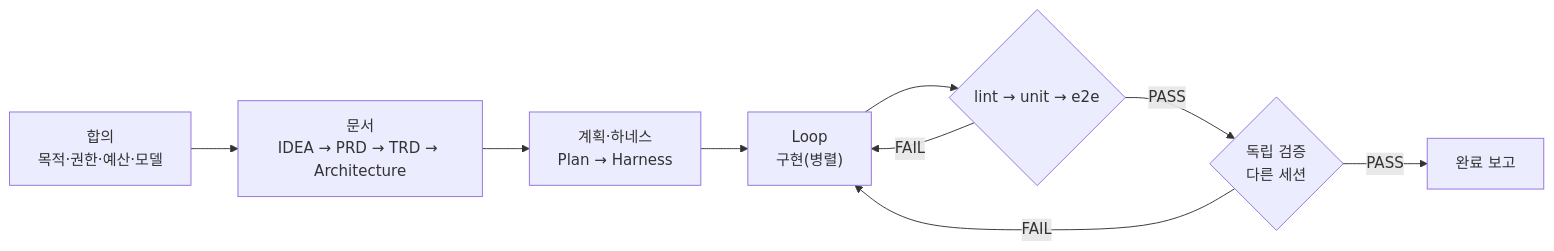
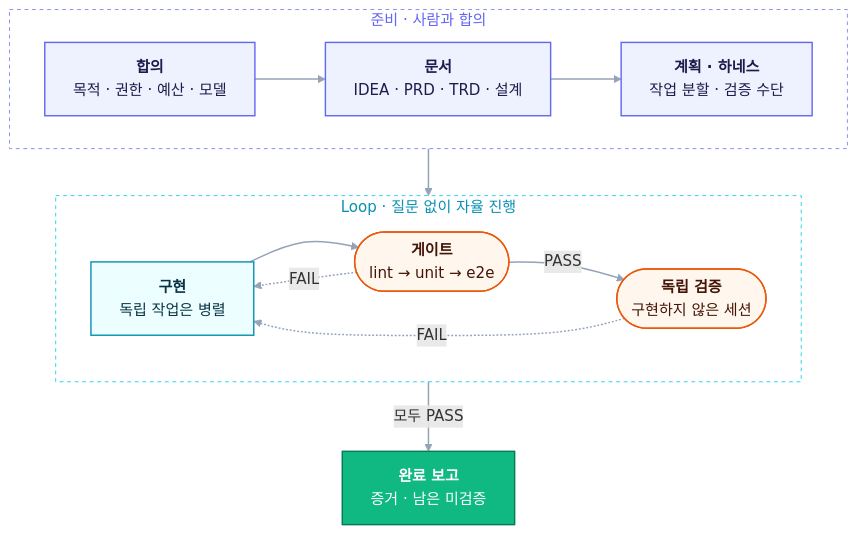
Before and after one commit to GangJaeYu/harness_loop_full_korean: the diagram in README.md, drawn with Mermaid.

Commit message:
README: 흐름도 가독성·색상 개선(준비·Loop 두 줄 배치)

````diff
--- a/README.md
+++ b/README.md
@@ -20,11 +20,29 @@
 ```mermaid
-flowchart LR
-    A["합의<br/>목적·권한·예산·모델"] --> B["문서<br/>IDEA → PRD → TRD → Architecture"]
-    B --> C["계획·하네스<br/>Plan → Harness"]
-    C --> D["Loop<br/>구현(병렬)"]
-    D --> E{"lint → unit → e2e"}
-    E -->|FAIL| D
-    E -->|PASS| F{"독립 검증<br/>다른 세션"}
-    F -->|FAIL| D
-    F -->|PASS| G["완료 보고"]
+%%{init: {"theme": "base", "themeVariables": {"fontSize": "16px", "fontFamily": "Pretendard, 'Apple SD Gothic Neo', 'Malgun Gothic', sans-serif", "lineColor": "#94A3B8", "edgeLabelBackground": "#FFFFFF", "clusterBkg": "transparent", "clusterBorder": "#CBD5E1"}, "flowchart": {"curve": "basis", "nodeSpacing": 28, "rankSpacing": 36, "padding": 14}}}%%
+flowchart TB
+    subgraph PREP["준비 · 사람과 합의"]
+        direction LR
+        A["<b>합의</b><br/>목적 · 권한 · 예산 · 모델"] --> B["<b>문서</b><br/>IDEA · PRD · TRD · 설계"] --> C["<b>계획 · 하네스</b><br/>작업 분할 · 검증 수단"]
+    end
+    subgraph LOOP["Loop · 질문 없이 자율 진행"]
+        direction LR
+        D["<b>구현</b><br/>독립 작업은 병렬"] --> E(["<b>게이트</b><br/>lint → unit → e2e"]) -->|PASS| F(["<b>독립 검증</b><br/>구현하지 않은 세션"])
+        E -.->|FAIL| D
+        F -.->|FAIL| D
+    end
+    G["<b>완료 보고</b><br/>증거 · 남은 미검증"]
+    PREP --> LOOP
+    LOOP -->|모두 PASS| G
+
+    classDef prep fill:#EEF2FF,stroke:#6366F1,stroke-width:1.5px,color:#1E1B4B
+    classDef work fill:#ECFEFF,stroke:#0891B2,stroke-width:1.5px,color:#083344
+    classDef gate fill:#FFF7ED,stroke:#EA580C,stroke-width:1.5px,color:#431407
+    classDef done fill:#10B981,stroke:#047857,stroke-width:1.5px,color:#FFFFFF
+    linkStyle default stroke:#94A3B8,stroke-width:1.6px
+    class A,B,C prep
+    class D work
+    class E,F gate
+    class G done
+    style PREP fill:transparent,stroke:#818CF8,stroke-dasharray:4 4,color:#6366F1
+    style LOOP fill:transparent,stroke:#22D3EE,stroke-dasharray:4 4,color:#0891B2
 ```
````
